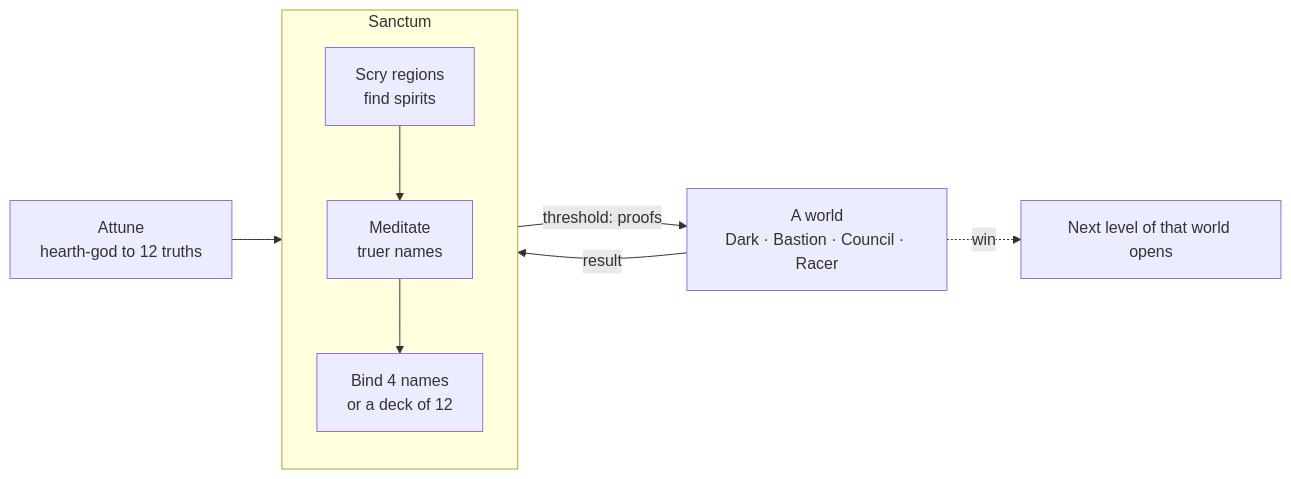
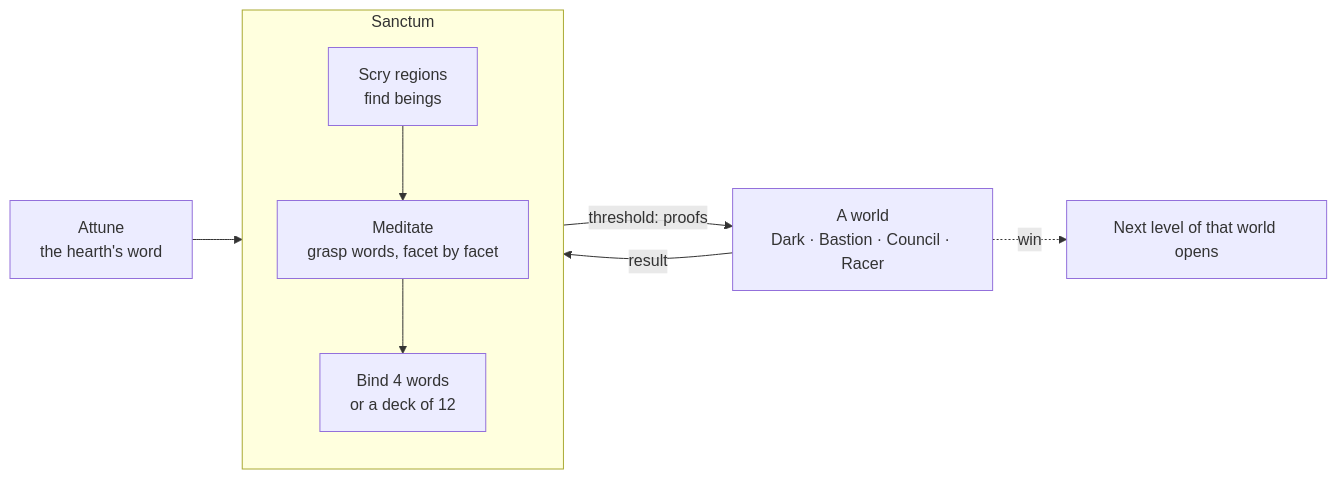
Before and after one commit to rranshous/context-games: the diagram in games/truenames/docs/05-overview.md, drawn with Mermaid. The commit also changed other lines of this file and 8 other files, not shown here.

First line of the commit message:
truenames: journal + roadmap — the choir shape; serverless desktop direction

````diff
--- a/games/truenames/docs/05-overview.md
+++ b/games/truenames/docs/05-overview.md
@@ -9,12 +9,12 @@
 ```mermaid
 flowchart LR
-  A[Attune<br/>hearth-god to 12 truths] --> S
+  A[Attune<br/>the hearth's word] --> S
   subgraph S[Sanctum]
     direction TB
-    Scry[Scry regions<br/>find spirits] --> Med[Meditate<br/>truer names]
-    Med --> Bind[Bind 4 names<br/>or a deck of 12]
+    Scry[Scry regions<br/>find beings] --> Med[Meditate<br/>grasp words, facet by facet]
+    Med --> Bind[Bind 4 words<br/>or a deck of 12]
   end
   S -->|threshold: proofs| R[A world<br/>Dark · Bastion · Council · Racer]
   R -->|result| S
   R -. win .-> D[Next level of that world opens]
 ```
````
